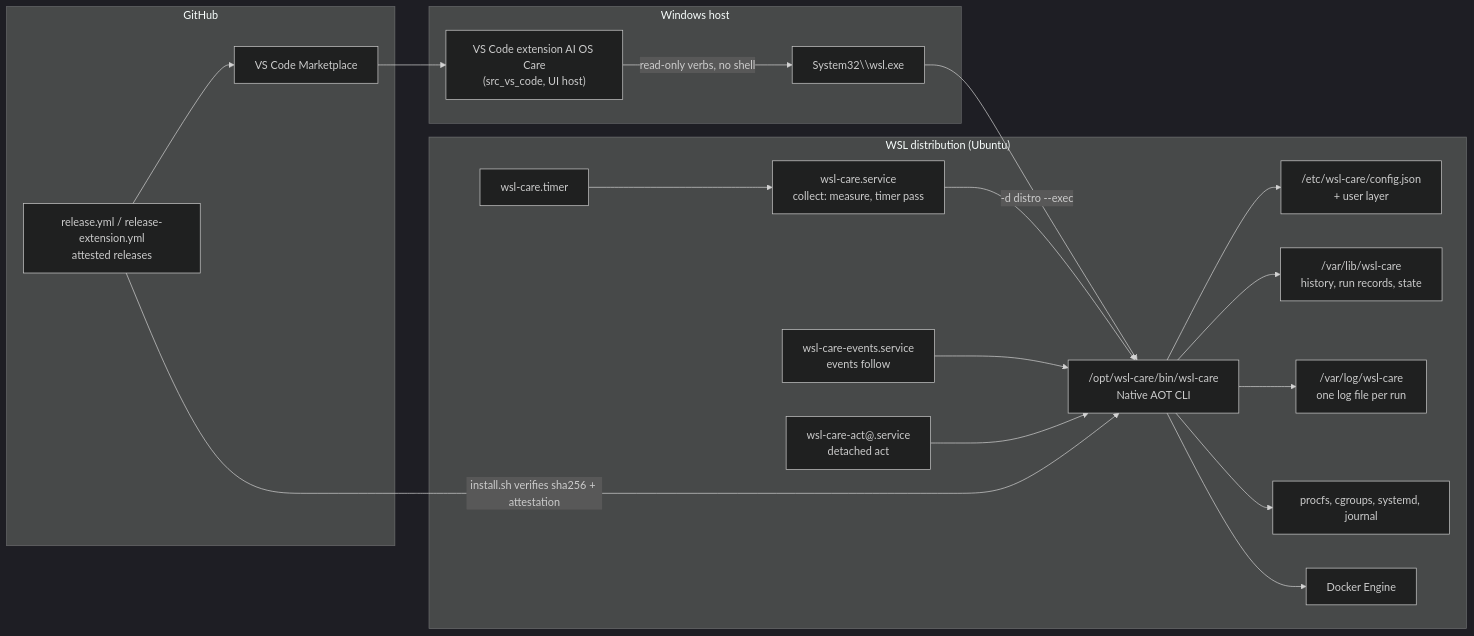
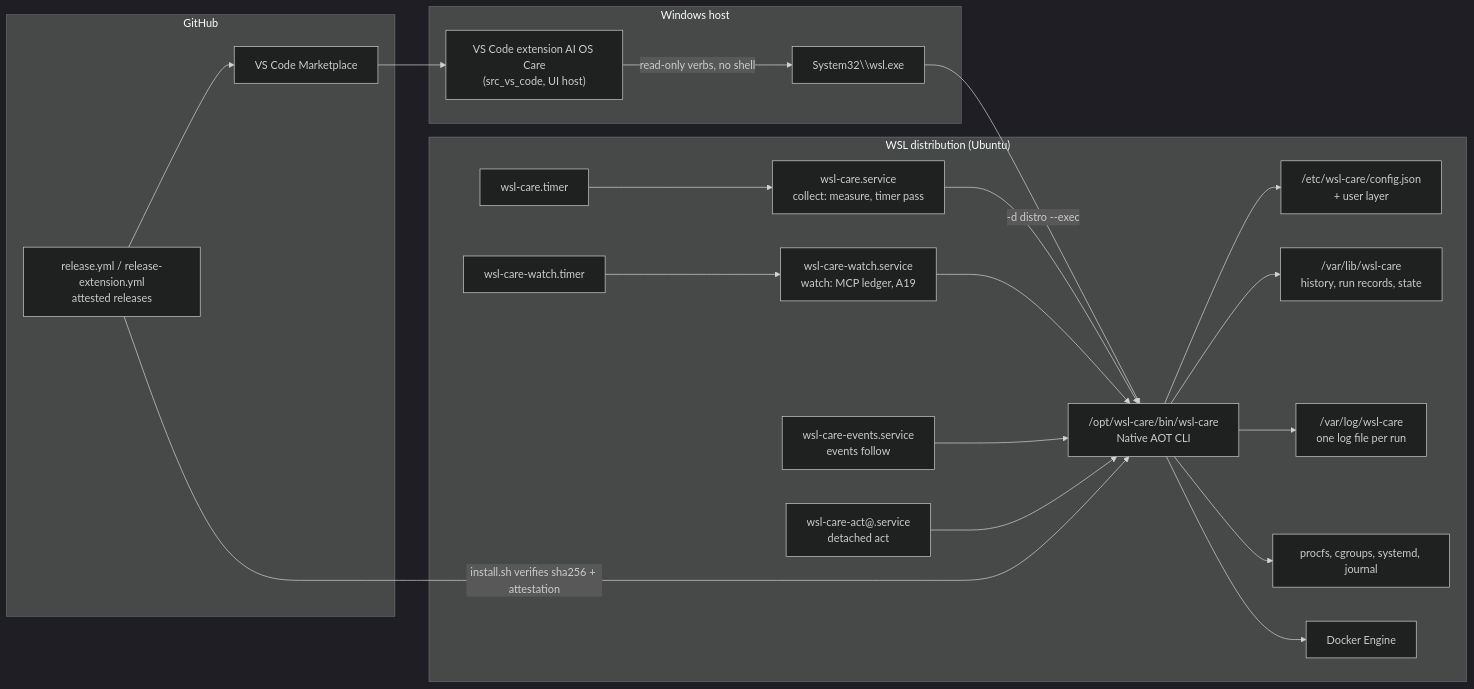
Before and after one commit to oleksandrdubyna88/wsl_care: diagram 31 of 31 in research/architecture.md, drawn with Mermaid (dark theme). The commit also changed other lines of this file and 45 other files, not shown here.

First line of the commit message:
feat(daemon): the watch timer and A19's busy half (E14 S2b)

````diff
--- a/research/architecture.md
+++ b/research/architecture.md
@@ -2868,38 +2872,42 @@
 ```mermaid
 flowchart LR
     subgraph Windows["Windows host"]
         ext["VS Code extension AI OS Care<br/>(src_vs_code, UI host)"]
         wslexe["System32\\wsl.exe"]
     end
     subgraph Distro["WSL distribution (Ubuntu)"]
         timer["wsl-care.timer"]
         svc["wsl-care.service<br/>collect: measure, timer pass"]
         events["wsl-care-events.service<br/>events follow"]
         act["wsl-care-act@.service<br/>detached act"]
+        watchtimer["wsl-care-watch.timer"]
+        watch["wsl-care-watch.service<br/>watch: MCP ledger, A19"]
         cli["/opt/wsl-care/bin/wsl-care<br/>Native AOT CLI"]
         conf["/etc/wsl-care/config.json<br/>+ user layer"]
         state["/var/lib/wsl-care<br/>history, run records, state"]
         logs["/var/log/wsl-care<br/>one log file per run"]
         os["procfs, cgroups, systemd, journal"]
         docker["Docker Engine"]
     end
     subgraph GitHub["GitHub"]
         rel["release.yml / release-extension.yml<br/>attested releases"]
         market["VS Code Marketplace"]
     end
 
     ext -->|"read-only verbs, no shell"| wslexe
     wslexe -->|"-d distro --exec"| cli
     timer --> svc
     svc --> cli
+    watchtimer --> watch
+    watch --> cli
     events --> cli
     act --> cli
     cli --> conf
     cli --> state
     cli --> logs
     cli --> os
     cli --> docker
     rel -->|"install.sh verifies sha256 + attestation"| cli
     rel --> market
     market --> ext
 ```
````
